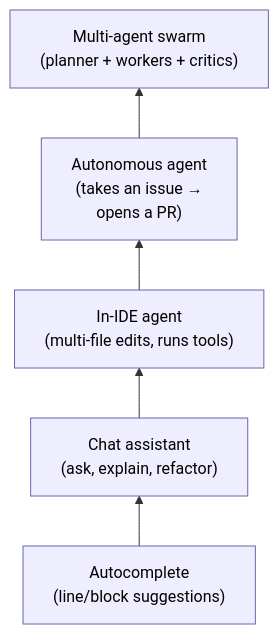
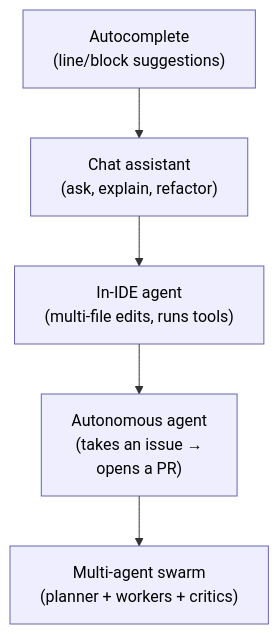
The first of 6 diagrams in chapters/13-ai-across-the-lifecycle/README.md (tghastings/open-swe-book), drawn with Mermaid before and after one commit. The commit also changed other lines of this file and 56 other files, not shown here.

````diff
--- a/chapters/13-ai-across-the-lifecycle/README.md
+++ b/chapters/13-ai-across-the-lifecycle/README.md
@@ -49,9 +50,9 @@
 ```mermaid
-flowchart BT
+flowchart TD
     A["Autocomplete<br/>(line/block suggestions)"] --> B["Chat assistant<br/>(ask, explain, refactor)"]
     B --> C["In-IDE agent<br/>(multi-file edits, runs tools)"]
     C --> D["Autonomous agent<br/>(takes an issue →<br/>opens a PR)"]
     D --> E["Multi-agent swarm<br/>(planner + workers + critics)"]
     classDef rung fill:#eef,stroke:#66a,color:#000;
     class A,B,C,D,E rung;
 ```
````
